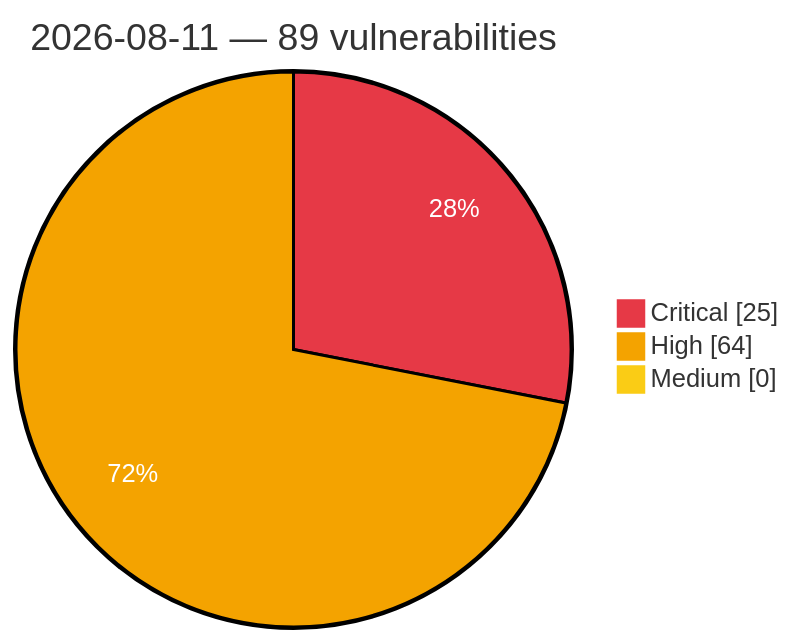
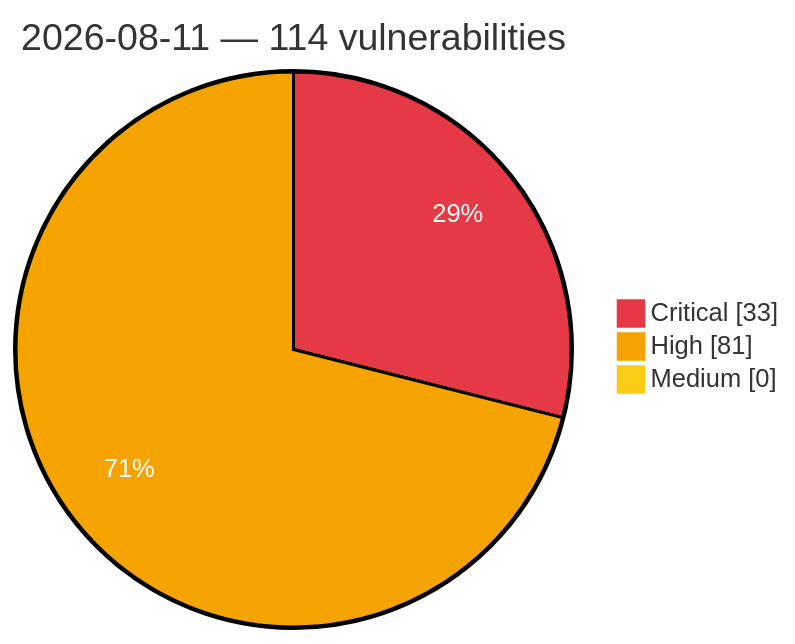
One commit to GhostX0X/vuln-tracker changed the diagram in vulnerabilities/2026/August/2026-08-11.md. Above: the diagram before and after it, drawn with Mermaid. The commit also changed other lines of this file and 5 other files, not shown here.

Commit message:
Auto update: critical/high vulns (2026-08-11 20:10 UTC)

````diff
--- a/vulnerabilities/2026/August/2026-08-11.md
+++ b/vulnerabilities/2026/August/2026-08-11.md
@@ -3,8 +3,8 @@
 ```mermaid
 %%{init: {'theme':'base', 'themeVariables': {'pie1':'#e63946', 'pie2':'#f4a300', 'pie3':'#facc15', 'pieOpacity':'1', 'pieOuterStrokeWidth':'2px', 'pieSectionTextColor':'#ffffff'}}}%%
 pie showData
-    title 2026-08-11 — 89 vulnerabilities
-    "Critical" : 25
-    "High" : 64
+    title 2026-08-11 — 114 vulnerabilities
+    "Critical" : 33
+    "High" : 81
     "Medium" : 0
 ```
````
